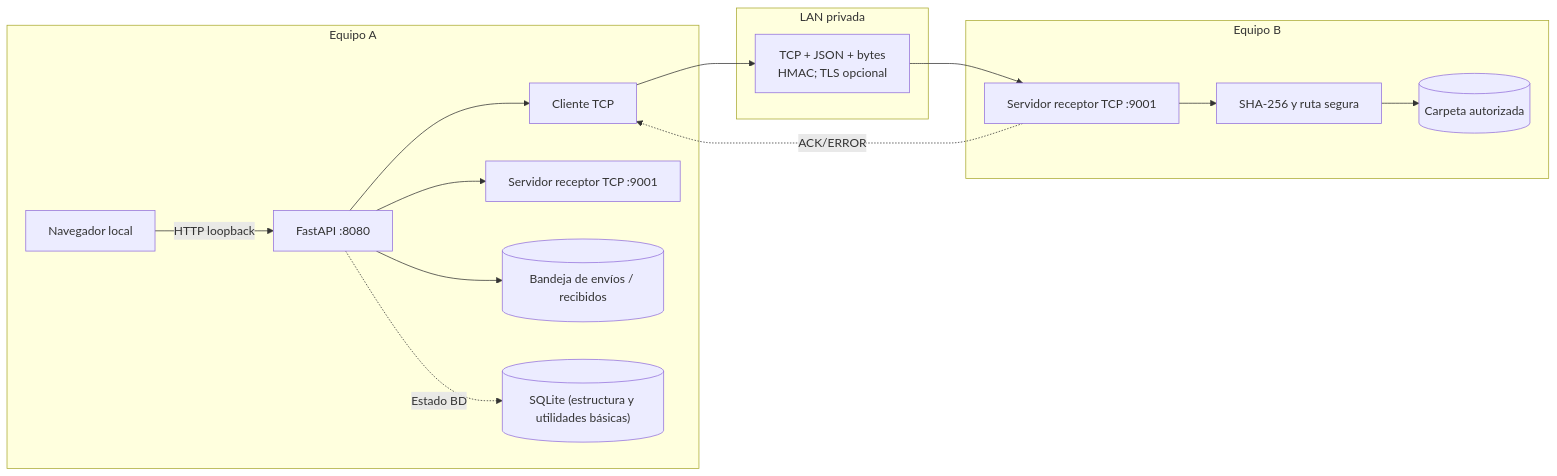
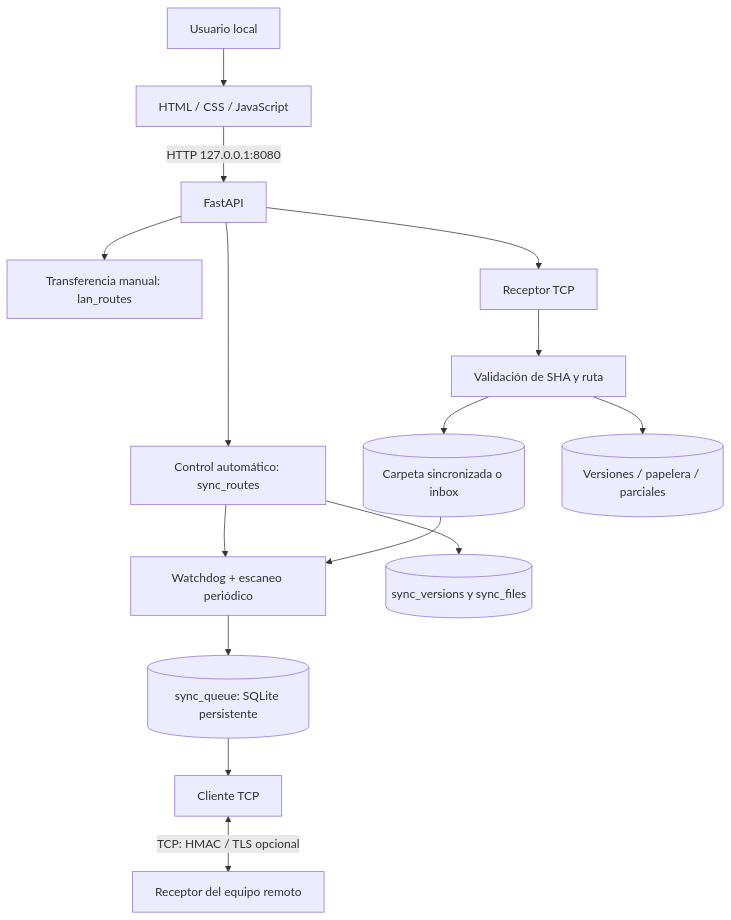
Before and after one commit to Codeforgeettttt/localsync-lan-engine_SistemasOperativos_G1: the second of 6 diagrams in documentacion/ARQUITECTURA.md, drawn with Mermaid. The commit also changed other lines of this file, not shown here.

Commit message:
docs(architecture): reflejar réplica real, Watchdog, reanudación, cola, descubrimiento y despliegue

````diff
--- a/documentacion/ARQUITECTURA.md
+++ b/documentacion/ARQUITECTURA.md
@@ -33,27 +36,17 @@
 ```mermaid
-flowchart LR
-  subgraph Equipo_A["Equipo A"]
-    Navegador["Navegador local"]
-    API_A["FastAPI :8080"]
-    Cliente_A["Cliente TCP"]
-    Rece_A["Servidor receptor TCP :9001"]
-    Bandeja_A[("Bandeja de envíos / recibidos")]
-    SQLite_A[("SQLite (estructura y utilidades básicas)")]
-    Navegador -->|"HTTP loopback"| API_A
-    API_A --> Cliente_A
-    API_A --> Rece_A
-    API_A --> Bandeja_A
-    API_A -. "Estado BD" .-> SQLite_A
-  end
-  subgraph LAN["LAN privada"]
-    Canal["TCP + JSON + bytes\nHMAC; TLS opcional"]
-  end
-  subgraph Equipo_B["Equipo B"]
-    Rece_B["Servidor receptor TCP :9001"]
-    Valida_B["SHA-256 y ruta segura"]
-    Carpeta_B[("Carpeta autorizada")]
-    Rece_B --> Valida_B --> Carpeta_B
-  end
-  Cliente_A --> Canal --> Rece_B
-  Rece_B -. "ACK/ERROR" .-> Cliente_A
+flowchart TB
+    U["Usuario local"] --> UI["HTML / CSS / JavaScript"]
+    UI -->|"HTTP 127.0.0.1:8080"| API["FastAPI"]
+    API --> T["Transferencia manual: lan_routes"]
+    API --> SY["Control automático: sync_routes"]
+    API --> RX["Receptor TCP"]
+    SY --> SC["Watchdog + escaneo periódico"]
+    SC --> Q[("sync_queue: SQLite persistente")]
+    Q --> TX["Cliente TCP"]
+    TX <-->|"TCP: HMAC / TLS opcional"| RX2["Receptor del equipo remoto"]
+    RX --> V["Validación de SHA y ruta"]
+    V --> FS[("Carpeta sincronizada o inbox")]
+    V --> BACK[("Versiones / papelera / parciales")]
+    FS --> SC
+    SY --> HIST[("sync_versions y sync_files")]
 ```
````
